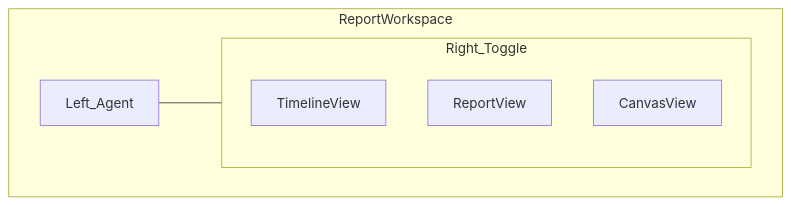
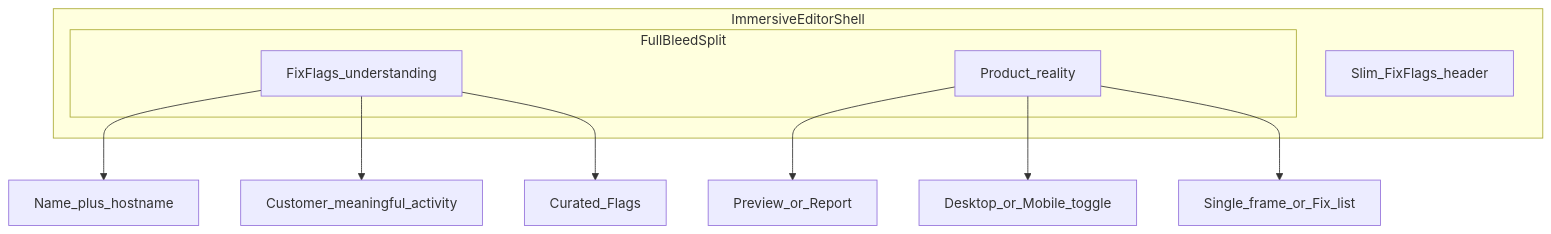
One commit to saadbenryane/FixFlags changed the diagram in docs/workspace-interface.md. Above: the diagram before and after it, drawn with Mermaid. The commit also changed other lines of this file and 103 other files, not shown here.

````diff
--- a/docs/workspace-interface.md
+++ b/docs/workspace-interface.md
@@ -20,12 +48,16 @@
 ```mermaid
 flowchart TB
-  subgraph workspace [ReportWorkspace]
-    Agent[Left_Agent]
-    subgraph right [Right_Toggle]
-      TimelineView[TimelineView]
-      ReportView[ReportView]
-      CanvasView[CanvasView]
+  subgraph shell [ImmersiveEditorShell]
+    Header[Slim_FixFlags_header]
+    subgraph split [FullBleedSplit]
+      Left[FixFlags_understanding]
+      Right[Product_reality]
     end
   end
-  Agent --- right
+  Left --> Identity[Name_plus_hostname]
+  Left --> Activity[Customer_meaningful_activity]
+  Left --> Judgment[Curated_Flags]
+  Right --> Mode[Preview_or_Report]
+  Right --> Device[Desktop_or_Mobile_toggle]
+  Right --> Surface[Single_frame_or_Fix_list]
 ```
````
